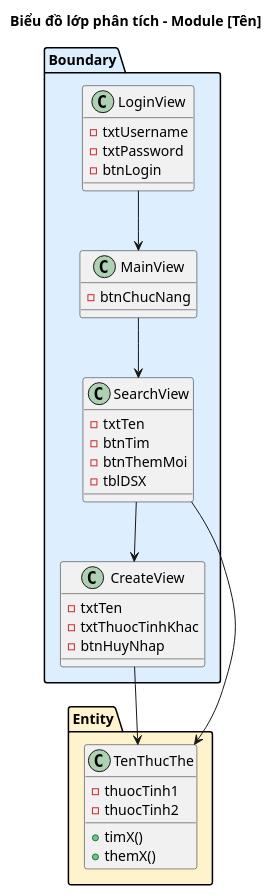
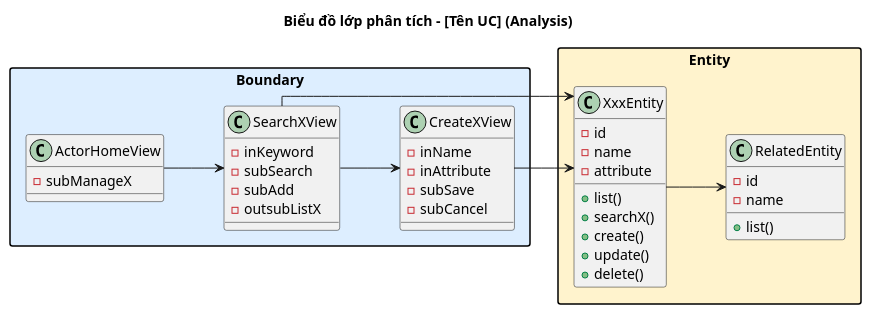
One commit to thanhtrnnn/cnpm changed the first of 2 diagrams in .claude/skills/cnpm/references/ii.3_sodo_lop_phantich.md. Above: the diagram before and after it, drawn with PlantUML. The commit also changed other lines of this file and 3 other files, not shown here.

````diff
--- a/.claude/skills/cnpm/references/ii.3_sodo_lop_phantich.md
+++ b/.claude/skills/cnpm/references/ii.3_sodo_lop_phantich.md
@@ -49,42 +67,51 @@
 ```plantuml
 @startuml
-title Biểu đồ lớp phân tích – Module [Tên]
+left to right direction
+skinparam linetype ortho
+skinparam packageStyle rectangle
+
+title Biểu đồ lớp phân tích – [Tên UC] (Analysis)
 
 package "Boundary" #DDEEFF {
-  class LoginView {
-    -txtUsername
-    -txtPassword
-    -btnLogin
+  class ActorHomeView {
+    -subManageX
   }
-  class MainView {
-    -btnChucNang
+  class SearchXView {
+    -inKeyword
+    -subSearch
+    -subAdd
+    -outsubListX
   }
-  class SearchView {
-    -txtTen
-    -btnTim
-    -btnThemMoi
-    -tblDSX
-  }
-  class CreateView {
-    -txtTen
-    -txtThuocTinhKhac
-    -btnHuyNhap
+  class CreateXView {
+    -inName
+    -inAttribute
+    -subSave
+    -subCancel
   }
 }
 
 package "Entity" #FFF3CD {
-  class TenThucThe {
-    -thuocTinh1
-    -thuocTinh2
-    +timX()
-    +themX()
+  class XxxEntity {
+    -id
+    -name
+    -attribute
+    +list()
+    +searchX()
+    +create()
+    +update()
+    +delete()
+  }
+  class RelatedEntity {
+    -id
+    -name
+    +list()
   }
 }
 
-LoginView --> MainView
-MainView --> SearchView
-SearchView --> CreateView
-SearchView --> TenThucThe
-CreateView --> TenThucThe
+ActorHomeView --> SearchXView
+SearchXView --> CreateXView
+SearchXView --> XxxEntity
+CreateXView --> XxxEntity
+XxxEntity --> RelatedEntity
 @enduml
 ```
````
